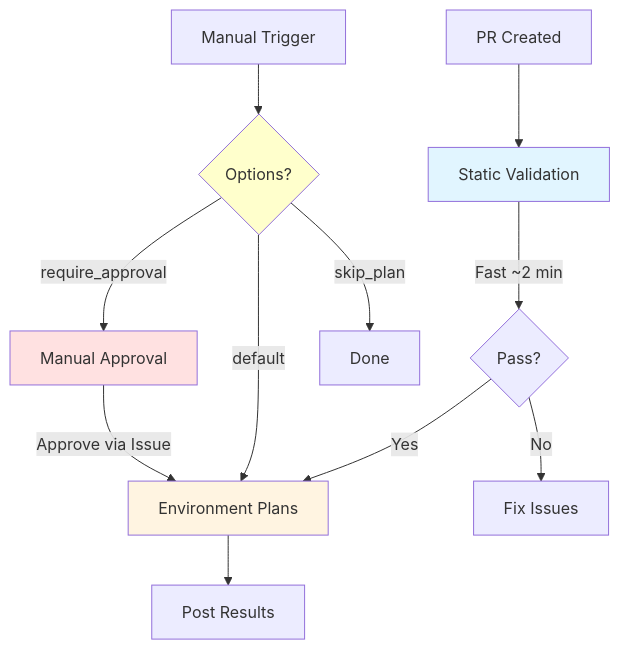
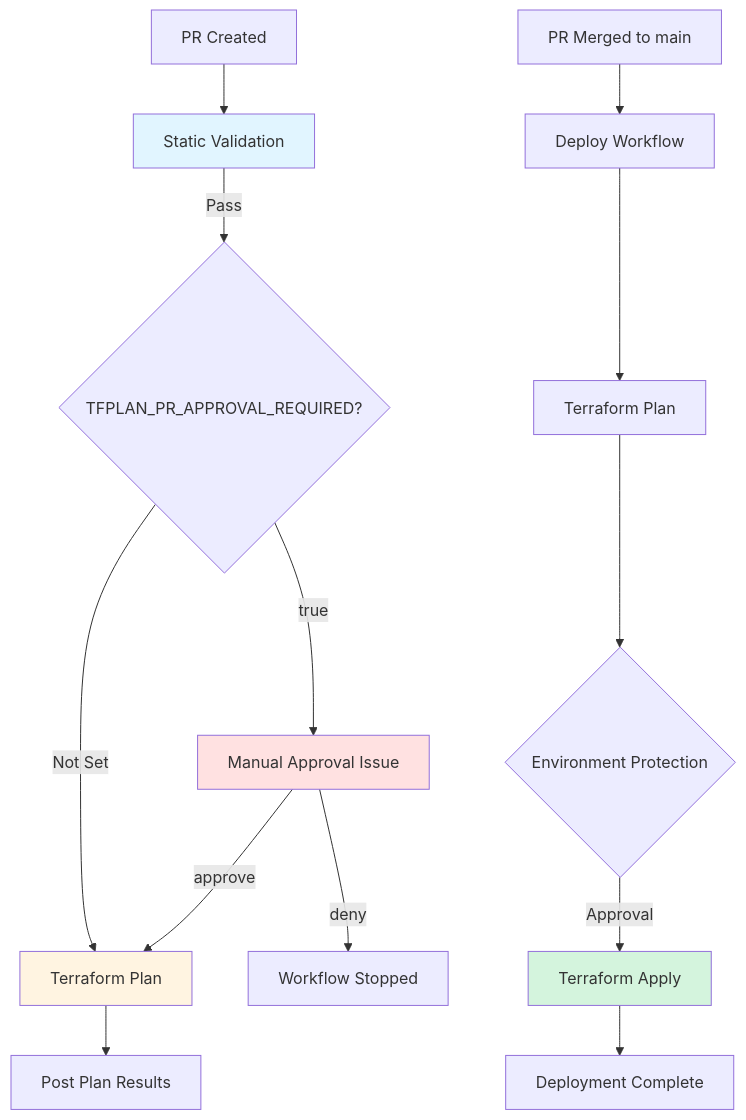
Before and after one commit to kewalaka/terraform-azure-starter-template: the diagram in README.md, drawn with Mermaid. The commit also changed other lines of this file and 1 other file, not shown here.

Commit message:
Update mermaid diagram to include deploy workflow and streamline documentation

````diff
--- a/README.md
+++ b/README.md
@@ -16,19 +16,21 @@
 ```mermaid
 graph TD
     A[PR Created] --> B[Static Validation]
-    B -->|Fast ~2 min| C{Pass?}
-    C -->|Yes| D[Environment Plans]
-    C -->|No| E[Fix Issues]
-    D --> F[Post Results]
+    B -->|Pass| C{TFPLAN_PR_APPROVAL_REQUIRED?}
+    C -->|Not Set| D[Terraform Plan]
+    C -->|true| E[Manual Approval Issue]
+    E -->|approve| D
+    E -->|deny| F[Workflow Stopped]
+    D --> G[Post Plan Results]
     
-    G[Manual Trigger] --> H{Options?}
-    H -->|require_approval| I[Manual Approval]
-    H -->|skip_plan| J[Done]
-    H -->|default| D
-    I -->|Approve via Issue| D
+    H[PR Merged to main] --> I[Deploy Workflow]
+    I --> J[Terraform Plan]
+    J --> K{Environment Protection}
+    K -->|Approval| L[Terraform Apply]
+    L --> M[Deployment Complete]
     
     style B fill:#e1f5ff
-    style H fill:#ffffcc
-    style I fill:#ffe1e1
+    style E fill:#ffe1e1
     style D fill:#fff4e1
+    style L fill:#d4f4dd
 ```
````
